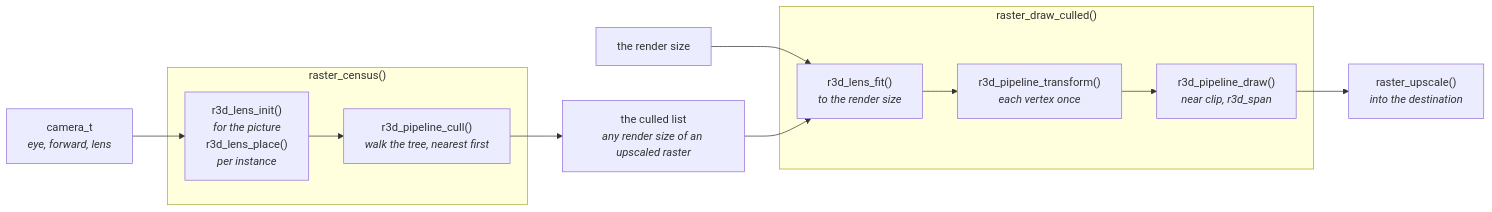
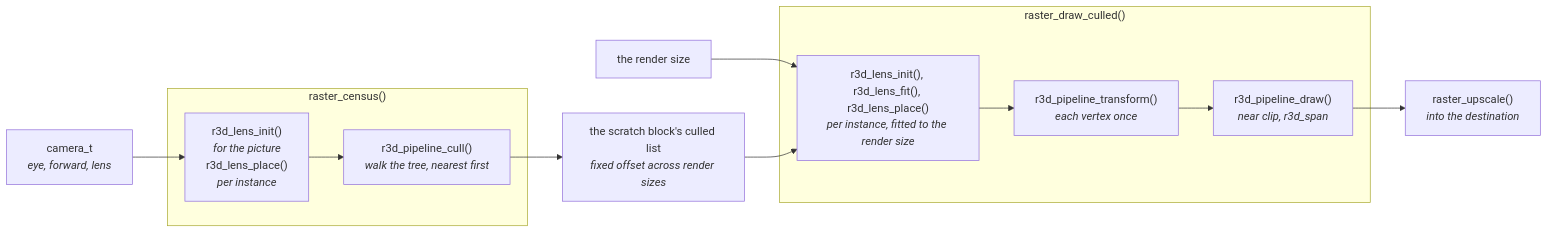
One commit to jose-villegas/autana changed the first of 4 diagrams in docs/render/Mesh-Rendering.md. Above: the diagram before and after it, drawn with Mermaid. The commit also changed other lines of this file and 3 other files, not shown here.

Commit message:
render: document scratch-owned census and fitted draw lenses

````diff
--- a/docs/render/Mesh-Rendering.md
+++ b/docs/render/Mesh-Rendering.md
@@ -92,16 +92,16 @@
 ```mermaid
 flowchart LR
     Camera["camera_t<br/><i>eye, forward, lens</i>"] --> Picture
     subgraph Census["raster_census()"]
         Picture["r3d_lens_init()<br/><i>for the picture</i><br/>r3d_lens_place()<br/><i>per instance</i>"] --> Cull
         Cull["r3d_pipeline_cull()<br/><i>walk the tree, nearest first</i>"]
     end
-    Cull --> List["the culled list<br/><i>any render size of an upscaled raster</i>"]
+    Cull --> List["the scratch block's culled list<br/><i>fixed offset across render sizes</i>"]
     Size["the render size"] --> Fit
     List --> Fit
     subgraph Draw["raster_draw_culled()"]
-        Fit["r3d_lens_fit()<br/><i>to the render size</i>"] --> Transform["r3d_pipeline_transform()<br/><i>each vertex once</i>"]
+        Fit["r3d_lens_init(), r3d_lens_fit(), r3d_lens_place()<br/><i>per instance, fitted to the render size</i>"] --> Transform["r3d_pipeline_transform()<br/><i>each vertex once</i>"]
         Transform --> DrawStage["r3d_pipeline_draw()<br/><i>near clip, r3d_span</i>"]
     end
     DrawStage --> Upscale["raster_upscale()<br/><i>into the destination</i>"]
 ```
````
